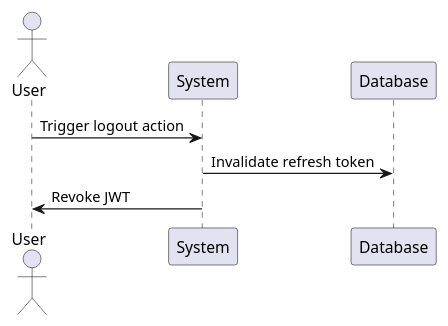
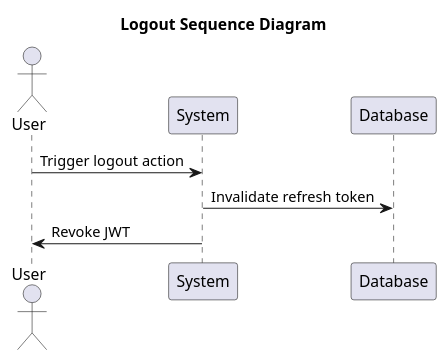
Before and after one commit to micahbaumann/CS-5800-Project-Micah-UML: the diagram in 6_LogoutSequence.puml, drawn with PlantUML. The commit also changed 17 other files, not shown here.

```diff
--- a/6_LogoutSequence.puml
+++ b/6_LogoutSequence.puml
@@ -1,11 +1,12 @@
 @startuml
 'https://plantuml.com/sequence-diagram
+title Logout Sequence Diagram
 
 actor User
 participant System
 participant Database
 User -> System: Trigger logout action
 System -> Database: Invalidate refresh token
 System -> User: Revoke JWT
 
 @enduml
```
